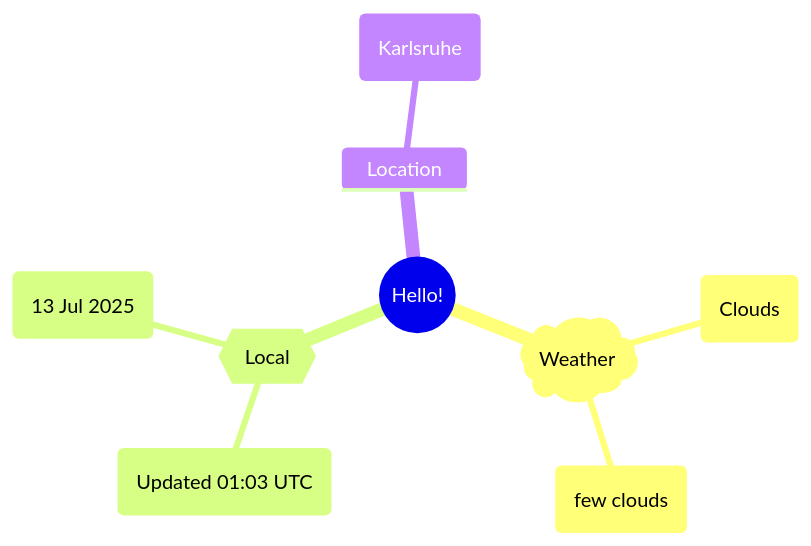
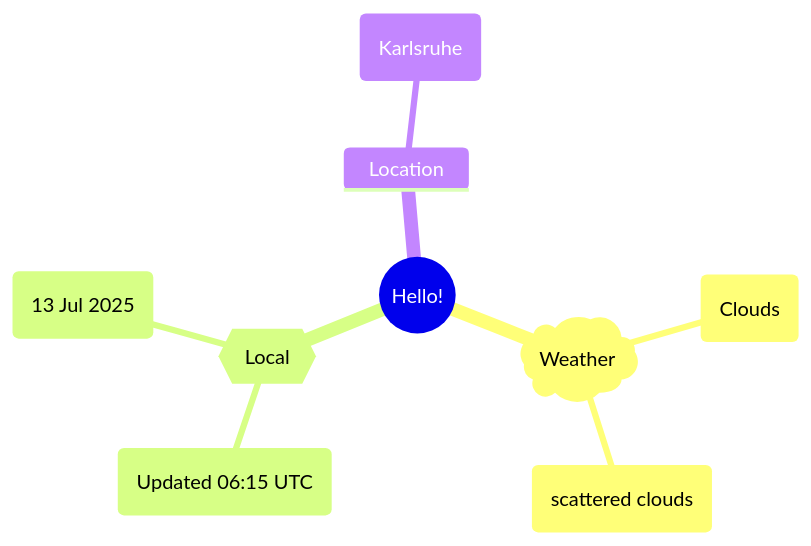
The first of 2 diagrams in README.md (Xosrov/Xosrov), drawn with Mermaid before and after one commit.

Commit message:
[bot] updated images

````diff
--- a/README.md
+++ b/README.md
@@ -3,12 +3,12 @@
 ```mermaid
 mindmap
   root((Hello!))
     )Weather(
         (Clouds)
-        (few clouds)
+        (scattered clouds)
     {{Local}}
-        (Updated 01:03 UTC)
+        (Updated 06:15 UTC)
         (13 Jul 2025)
     Location
         (Karlsruhe)
 ```
````
